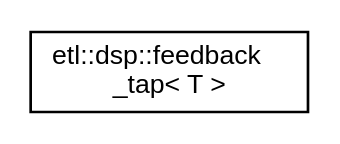
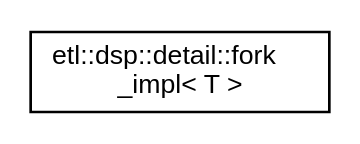
The diagram in inherit_graph_16.dot (tobanteAudio/taetl), drawn with Graphviz before and after one commit. The commit also changed 63 other files, not shown here.

```diff
--- a/inherit_graph_16.dot
+++ b/inherit_graph_16.dot
@@ -1,7 +1,7 @@
 digraph "Graphical Class Hierarchy"
 {
   edge [fontname="Helvetica",fontsize="10",labelfontname="Helvetica",labelfontsize="10"];
   node [fontname="Helvetica",fontsize="10",shape=record];
   rankdir="LR";
-  Node0 [label="etl::dsp::feedback\l_tap\< T \>",height=0.2,width=0.4,color="black", fillcolor="white", style="filled",URL="$structetl_1_1dsp_1_1feedback__tap.html"];
+  Node0 [label="etl::dsp::detail::fork\l_impl\< T \>",height=0.2,width=0.4,color="black", fillcolor="white", style="filled",URL="$structetl_1_1dsp_1_1detail_1_1fork__impl.html"];
 }
```
